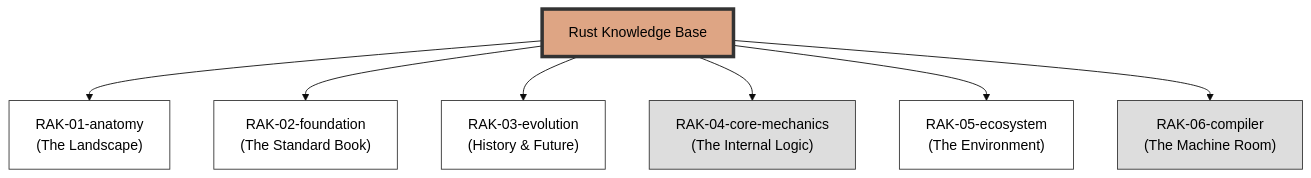
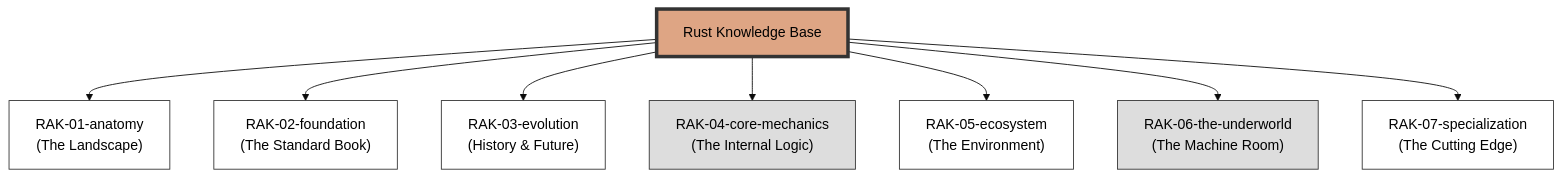
One commit to syahputrawork98-sketch/Rust-Knowledge-Base changed the diagram in README.md. Above: the diagram before and after it, drawn with Mermaid. The commit also changed other lines of this file and 257 other files, not shown here.

````diff
--- a/README.md
+++ b/README.md
@@ -8,22 +8,24 @@
 ```mermaid
 %%{init: {'theme': 'base', 'themeVariables': { 'primaryColor': '#DEA584', 'primaryTextColor': '#000'}}}%%
 graph TD
     Root["Rust Knowledge Base"]
     
     RAK01["RAK-01-anatomy<br/>(The Landscape)"]
     RAK02["RAK-02-foundation<br/>(The Standard Book)"]
     RAK03["RAK-03-evolution<br/>(History & Future)"]
     RAK04["RAK-04-core-mechanics<br/>(The Internal Logic)"]
     RAK05["RAK-05-ecosystem<br/>(The Environment)"]
-    RAK06["RAK-06-compiler<br/>(The Machine Room)"]
+    RAK06["RAK-06-the-underworld<br/>(The Machine Room)"]
+    RAK07["RAK-07-specialization<br/>(The Cutting Edge)"]
     
-    Root --> RAK01 & RAK02 & RAK03 & RAK04 & RAK05 & RAK06
+    Root --> RAK01 & RAK02 & RAK03 & RAK04 & RAK05 & RAK06 & RAK07
     
     style Root fill:#DEA584,stroke:#333,stroke-width:4px,color:#000
     style RAK01 fill:#fff,stroke:#333
     style RAK02 fill:#fff,stroke:#333
     style RAK03 fill:#fff,stroke:#333
     style RAK04 fill:#ddd,stroke:#333
     style RAK05 fill:#fff,stroke:#333
     style RAK06 fill:#ddd,stroke:#333
+    style RAK07 fill:#fff,stroke:#333
 ```
````
